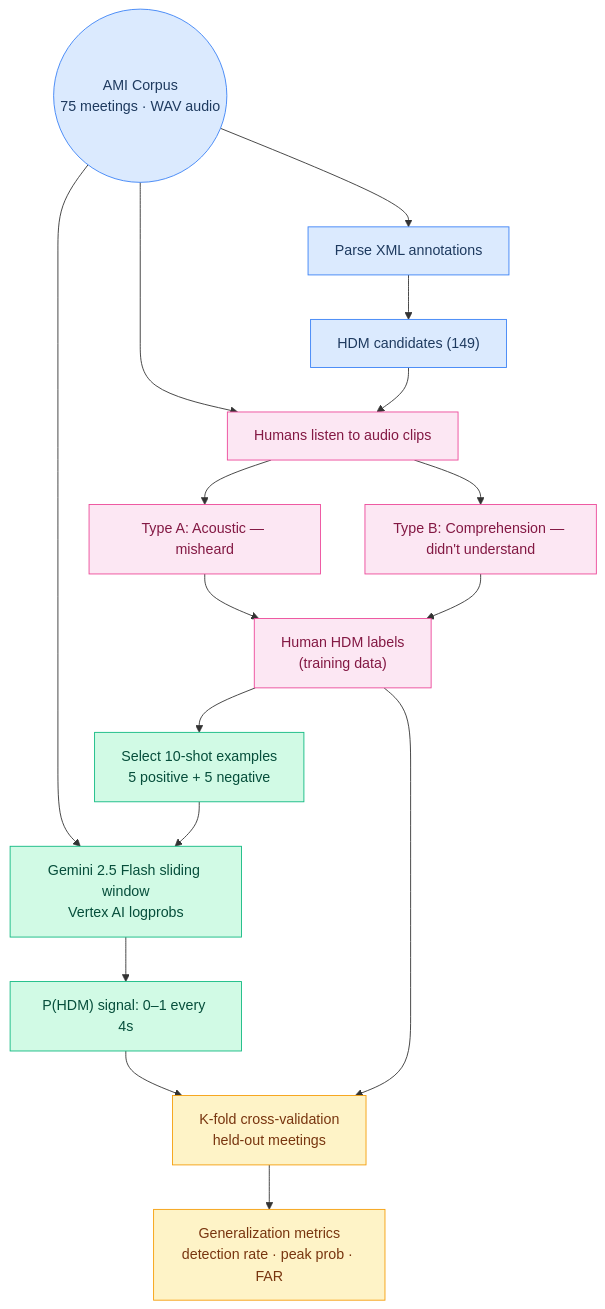
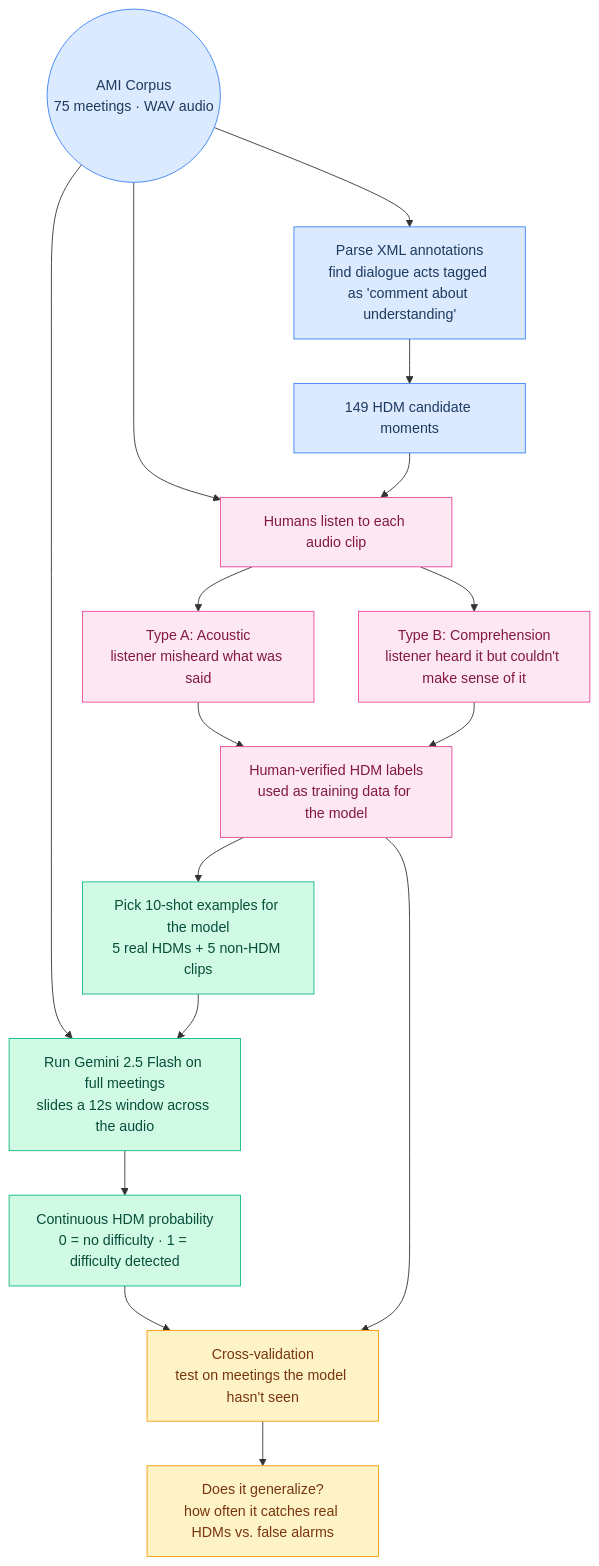
The diagram in README.md (chozillla/CollinsPaper), drawn with Mermaid before and after one commit.

Commit message:
Clarify diagram labels: plain language, no jargon
Replace abbreviations (FAR, P(HDM), logprobs) with readable descriptions
so every box is understandable without domain knowledge.

````diff
--- a/README.md
+++ b/README.md
@@ -34,31 +34,31 @@
 ```mermaid
 flowchart TB
-    AMI(("AMI Corpus\n75 meetings · WAV audio")) --> PARSE["Parse XML annotations"]
-    PARSE --> CANDIDATES["HDM candidates (149)"]
-    AMI --> HUMAN["Humans listen to audio clips"]
+    AMI(("AMI Corpus\n75 meetings · WAV audio")) --> PARSE["Parse XML annotations\nfind dialogue acts tagged as 'comment about understanding'"]
+    PARSE --> CANDIDATES["149 HDM candidate moments"]
+    AMI --> HUMAN["Humans listen to each audio clip"]
     CANDIDATES --> HUMAN
-    HUMAN --> TYPEA["Type A: Acoustic — misheard"]
-    HUMAN --> TYPEB["Type B: Comprehension — didn't understand"]
-    TYPEA --> LABELS["Human HDM labels\n(training data)"]
+    HUMAN --> TYPEA["Type A: Acoustic\nlistener misheard what was said"]
+    HUMAN --> TYPEB["Type B: Comprehension\nlistener heard it but couldn't make sense of it"]
+    TYPEA --> LABELS["Human-verified HDM labels\nused as training data for the model"]
     TYPEB --> LABELS
-    LABELS --> SHOTS["Select 10-shot examples\n5 positive + 5 negative"]
-    AMI --> GEMINI["Gemini 2.5 Flash sliding window\nVertex AI logprobs"]
+    LABELS --> SHOTS["Pick 10-shot examples for the model\n5 real HDMs + 5 non-HDM clips"]
+    AMI --> GEMINI["Run Gemini 2.5 Flash on full meetings\nslides a 12s window across the audio"]
     SHOTS --> GEMINI
-    GEMINI --> SIGNAL["P(HDM) signal: 0–1 every 4s"]
-    SIGNAL --> CV["K-fold cross-validation\nheld-out meetings"]
+    GEMINI --> SIGNAL["Continuous HDM probability\n0 = no difficulty · 1 = difficulty detected"]
+    SIGNAL --> CV["Cross-validation\ntest on meetings the model hasn't seen"]
     LABELS --> CV
-    CV --> RESULT["Generalization metrics\ndetection rate · peak prob · FAR"]
+    CV --> RESULT["Does it generalize?\nhow often it catches real HDMs vs. false alarms"]
 
     style AMI fill:#dbeafe,stroke:#3b82f6,color:#1e3a5f
     style PARSE fill:#dbeafe,stroke:#3b82f6,color:#1e3a5f
     style CANDIDATES fill:#dbeafe,stroke:#3b82f6,color:#1e3a5f
     style HUMAN fill:#fce7f3,stroke:#ec4899,color:#831843
     style TYPEA fill:#fce7f3,stroke:#ec4899,color:#831843
     style TYPEB fill:#fce7f3,stroke:#ec4899,color:#831843
     style LABELS fill:#fce7f3,stroke:#ec4899,color:#831843
     style SHOTS fill:#d1fae5,stroke:#10b981,color:#064e3b
     style GEMINI fill:#d1fae5,stroke:#10b981,color:#064e3b
     style SIGNAL fill:#d1fae5,stroke:#10b981,color:#064e3b
     style CV fill:#fef3c7,stroke:#f59e0b,color:#78350f
     style RESULT fill:#fef3c7,stroke:#f59e0b,color:#78350f
 ```
````
